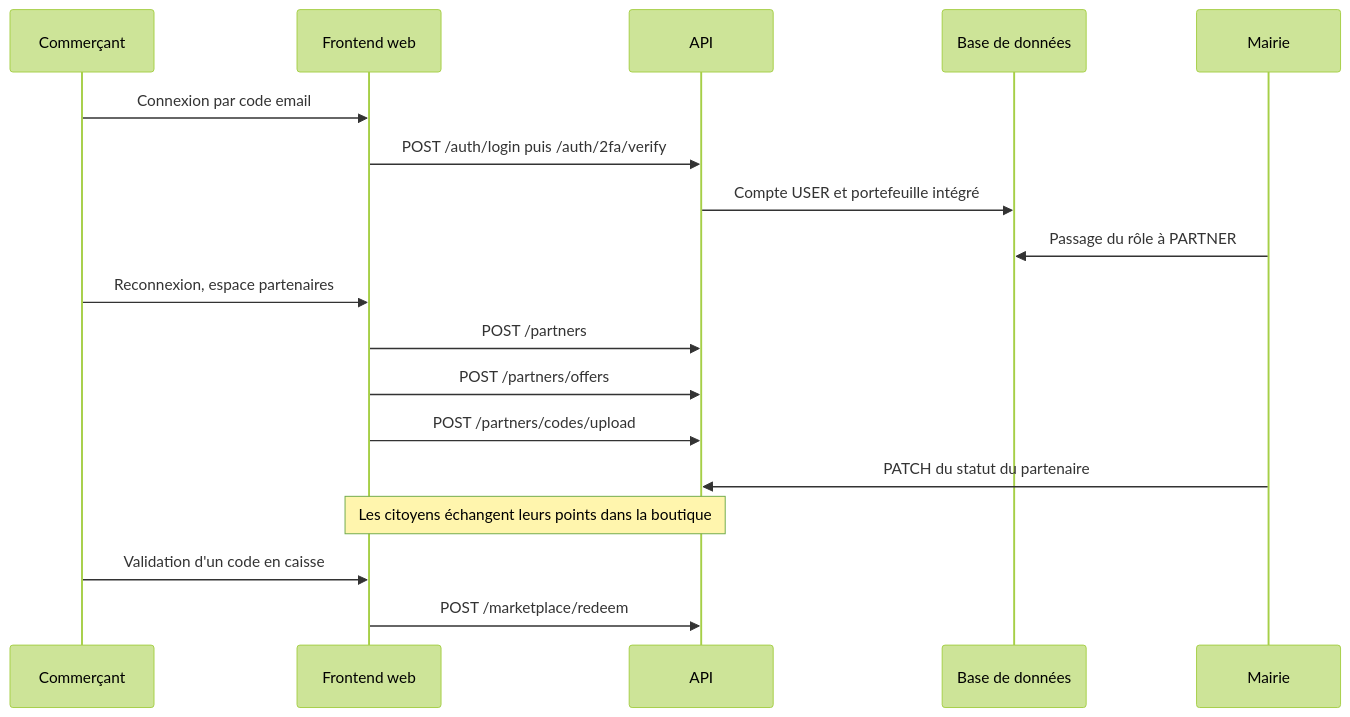
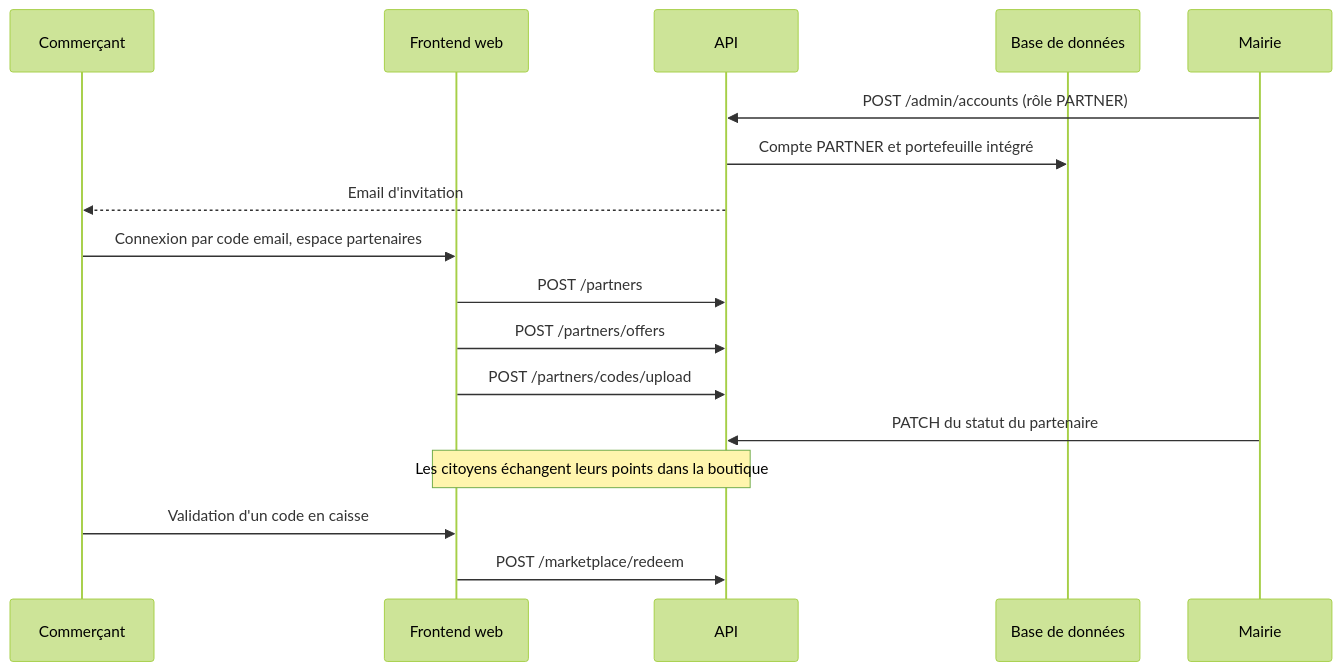
One commit to MarceauTDML/BlockLucky changed the second of 2 diagrams in documentation-officielle/content/guides/ajouter-partenaire.md. Above: the diagram before and after it, drawn with Mermaid (forest theme). The commit also changed other lines of this file and 402 other files, not shown here.

````diff
--- a/documentation-officielle/content/guides/ajouter-partenaire.md
+++ b/documentation-officielle/content/guides/ajouter-partenaire.md
@@ -40,20 +40,19 @@
 ```mermaid
 sequenceDiagram
     participant C as Commerçant
     participant W as Frontend web
     participant A as API
     participant D as Base de données
     participant M as Mairie
-    C->>W: Connexion par code email
-    W->>A: POST /auth/login puis /auth/2fa/verify
-    A->>D: Compte USER et portefeuille intégré
-    M->>D: Passage du rôle à PARTNER
-    C->>W: Reconnexion, espace partenaires
+    M->>A: POST /admin/accounts (rôle PARTNER)
+    A->>D: Compte PARTNER et portefeuille intégré
+    A-->>C: Email d'invitation
+    C->>W: Connexion par code email, espace partenaires
     W->>A: POST /partners
     W->>A: POST /partners/offers
     W->>A: POST /partners/codes/upload
     M->>A: PATCH du statut du partenaire
     Note over W,A: Les citoyens échangent leurs points dans la boutique
     C->>W: Validation d'un code en caisse
     W->>A: POST /marketplace/redeem
 ```
````
